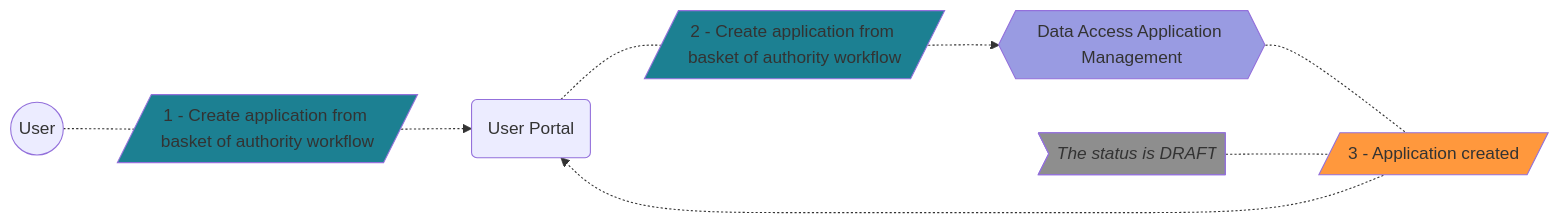
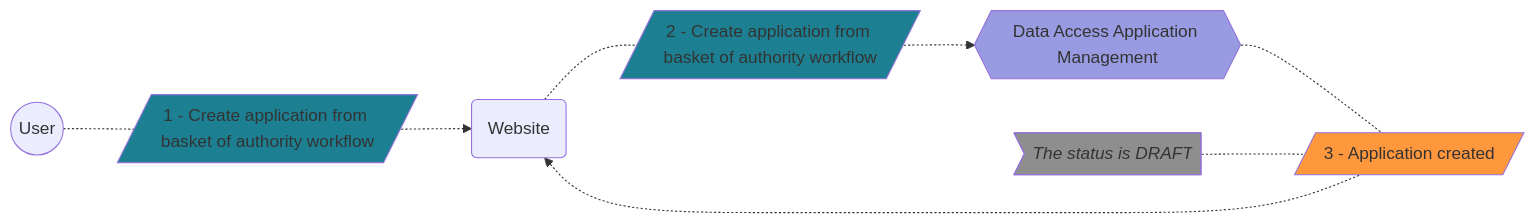
One commit to GenomicDataInfrastructure/gdi-userportal-docs changed the fourth of 15 diagrams in content/docs/data-access-application-management/use-cases/_index.md. Above: the diagram before and after it, drawn with Mermaid. The commit also changed other lines of this file, not shown here.

````diff
--- a/content/docs/data-access-application-management/use-cases/_index.md
+++ b/content/docs/data-access-application-management/use-cases/_index.md
@@ -136,45 +136,45 @@
 ```mermaid
 flowchart LR
     user(("`
         User
     `"))
     
-    user_portal("`
-        User Portal
+    website("`
+        Website
     `")
-    user_portal("`
-        User Portal
+    website("`
+        Website
     `")
     
     daam{{"`
         Data Access Application Management
     `"}}
     style daam fill:#999be2
     
     create_application_1[/"`
         1 - Create application from basket of authority workflow
     `"/]
     create_application_2[/"`
         2 - Create application from basket of authority workflow
     `"/]
     style create_application_1 fill:#1C8092
     style create_application_2 fill:#1C8092
 
     application_created[/"`
         3 - Application created
     `"/]
     style application_created fill:#FF983D
 
     application_created_note>"`
         *The status is DRAFT*
     `"]
     style application_created_note fill:#8e8e8e
 
     user -.- create_application_1
-    create_application_1 -.-> user_portal
-    user_portal -.- create_application_2
+    create_application_1 -.-> website
+    website -.- create_application_2
     create_application_2 -.-> daam
     daam -.- application_created
     application_created_note -.- application_created
-    application_created -.-> user_portal
+    application_created -.-> website
 ```
````
